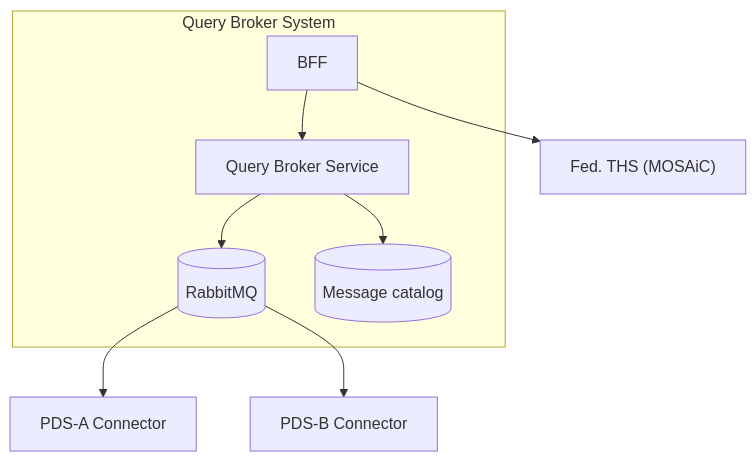
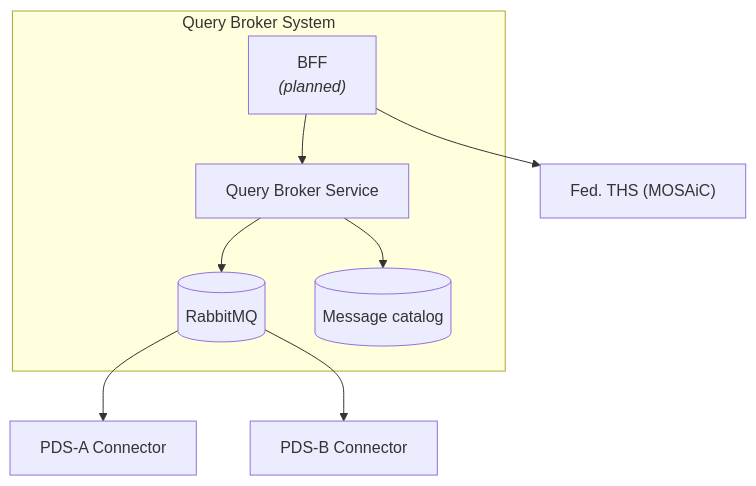
Before and after one commit to forschungsgruppe-digital-health/pds-query-broker: the first of 3 diagrams in docs/arc42/05_building_block_view.md, drawn with Mermaid. The commit also changed other lines of this file and 11 other files, not shown here.

First line of the commit message:
docs(arc42): reconcile architecture docs with the current implementation (#47)

````diff
--- a/docs/arc42/05_building_block_view.md
+++ b/docs/arc42/05_building_block_view.md
@@ -9,19 +9,19 @@
 ```mermaid
 graph TB
     subgraph "Query Broker System"
-        BFF["BFF"]
+        BFF["BFF<br/><i>(planned)</i>"]
         BROKER["Query Broker Service"]
         MQ[("RabbitMQ")]
         CATALOG[("Message catalog")]
     end
 
     FTHS["Fed. THS (MOSAiC)"]
     CONN_A["PDS-A Connector"]
     CONN_B["PDS-B Connector"]
 
     BFF --> BROKER --> MQ
     BROKER --> CATALOG
     MQ --> CONN_A
     MQ --> CONN_B
     BFF --> FTHS
 ```
````
